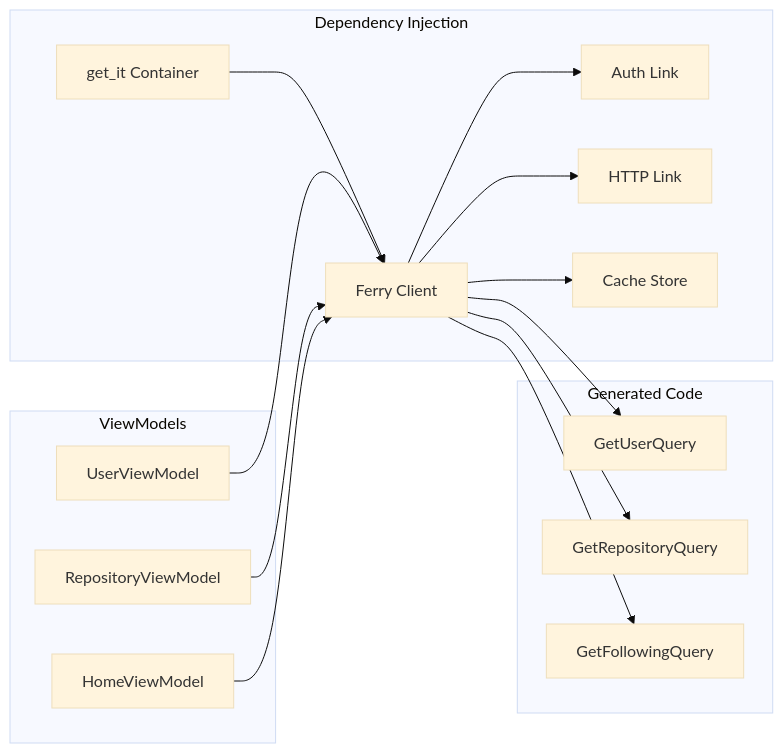
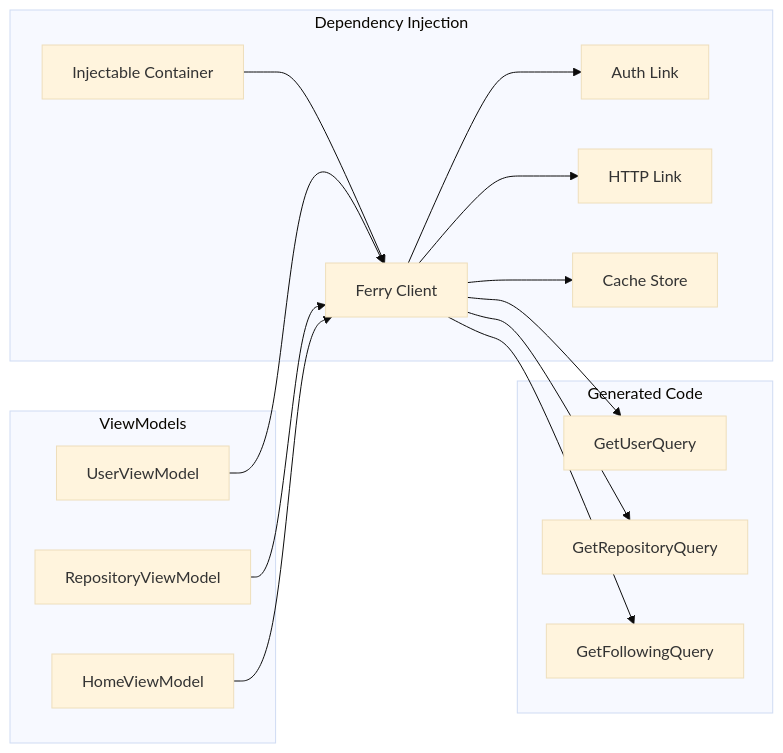
Before and after one commit to jacobdam/gh3: the second of 3 diagrams in .kiro/specs/github-graphql-ferry/design.md, drawn with Mermaid (base theme). The commit also changed other lines of this file and 3 other files, not shown here.

First line of the commit message:
docs: update GitHub GraphQL Ferry specification details

````diff
--- a/.kiro/specs/github-graphql-ferry/design.md
+++ b/.kiro/specs/github-graphql-ferry/design.md
@@ -73,35 +80,35 @@
 ```mermaid
 graph LR
     subgraph "Dependency Injection"
-        GETIT[get_it Container]
+        INJECTABLE[Injectable Container]
         FERRY_CLIENT[Ferry Client]
         AUTH_LINK[Auth Link]
         HTTP_LINK[HTTP Link]
         CACHE_STORE[Cache Store]
     end
     
     subgraph "ViewModels"
         USER_VM[UserViewModel]
         REPO_VM[RepositoryViewModel]
         HOME_VM[HomeViewModel]
     end
     
     subgraph "Generated Code"
         USER_QUERY[GetUserQuery]
         REPO_QUERY[GetRepositoryQuery]
         FOLLOWING_QUERY[GetFollowingQuery]
     end
     
-    GETIT --> FERRY_CLIENT
+    INJECTABLE --> FERRY_CLIENT
     FERRY_CLIENT --> AUTH_LINK
     FERRY_CLIENT --> HTTP_LINK
     FERRY_CLIENT --> CACHE_STORE
     
     USER_VM --> FERRY_CLIENT
     REPO_VM --> FERRY_CLIENT
     HOME_VM --> FERRY_CLIENT
     
     FERRY_CLIENT --> USER_QUERY
     FERRY_CLIENT --> REPO_QUERY
     FERRY_CLIENT --> FOLLOWING_QUERY
 ```
````
